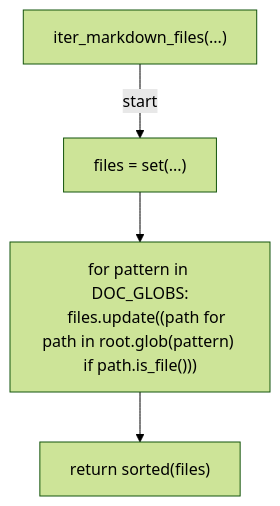
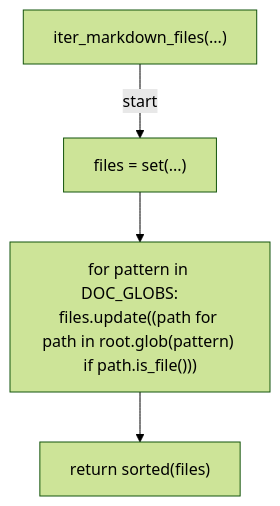
One commit to tvna/claude-md changed the second of 14 diagrams in docs/generated/scripts/ast/scan_markdown_links.md. Above: the diagram before and after it, drawn with Mermaid (forest theme). The commit also changed other lines of this file and 29 other files, not shown here.

First line of the commit message:
docs(generated): regenerate decision tree and workflow diagrams (batch 3/5)

````diff
--- a/docs/generated/scripts/ast/scan_markdown_links.md
+++ b/docs/generated/scripts/ast/scan_markdown_links.md
@@ -22,11 +22,10 @@
 ```mermaid
 flowchart TD
     N001["iter_markdown_files(...)"]
     N002["files = set(...)"]
-    N003["for pattern in DOC_GLOBS:
-    files.update((path for path in root.glob(pattern) if path.is_file()))"]
+    N003["for pattern in DOC_GLOBS:     files.update((path for path in root.glob(pattern) if path.is_file()))"]
     N004["return sorted(files)"]
     N001 -->|"start"| N002
     N002 --> N003
     N003 --> N004
 ```
````
